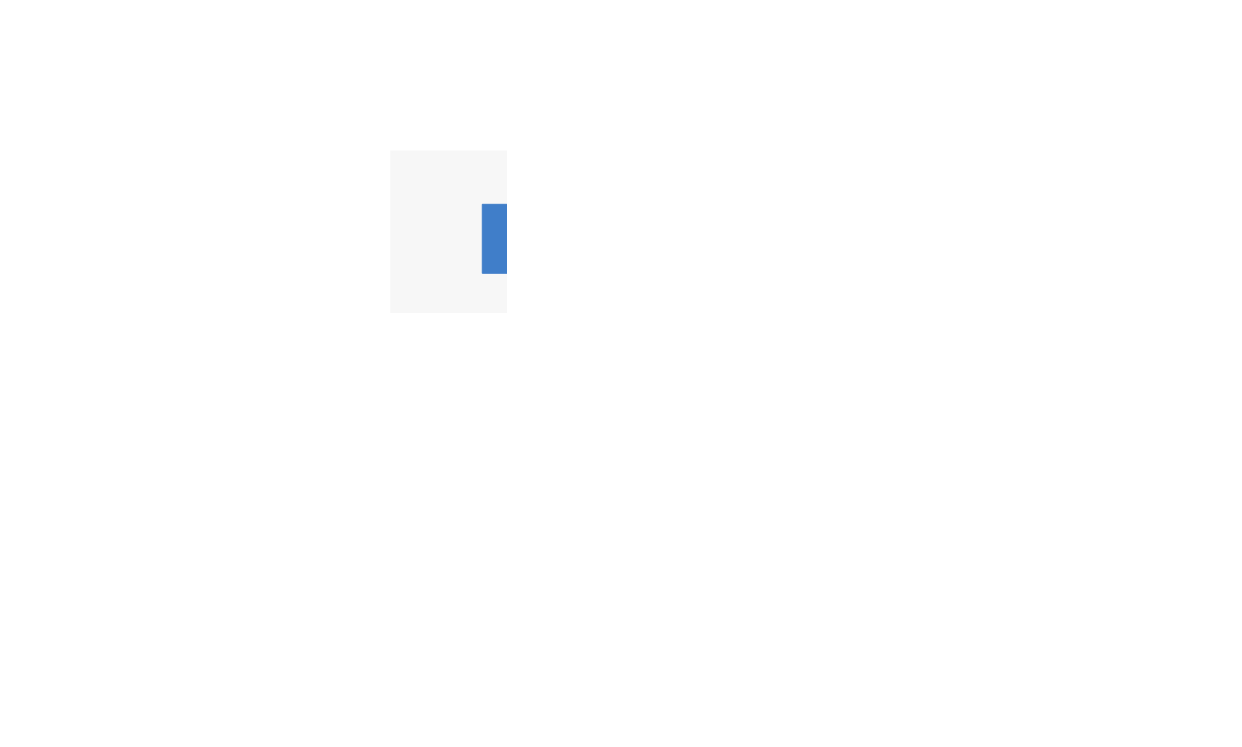
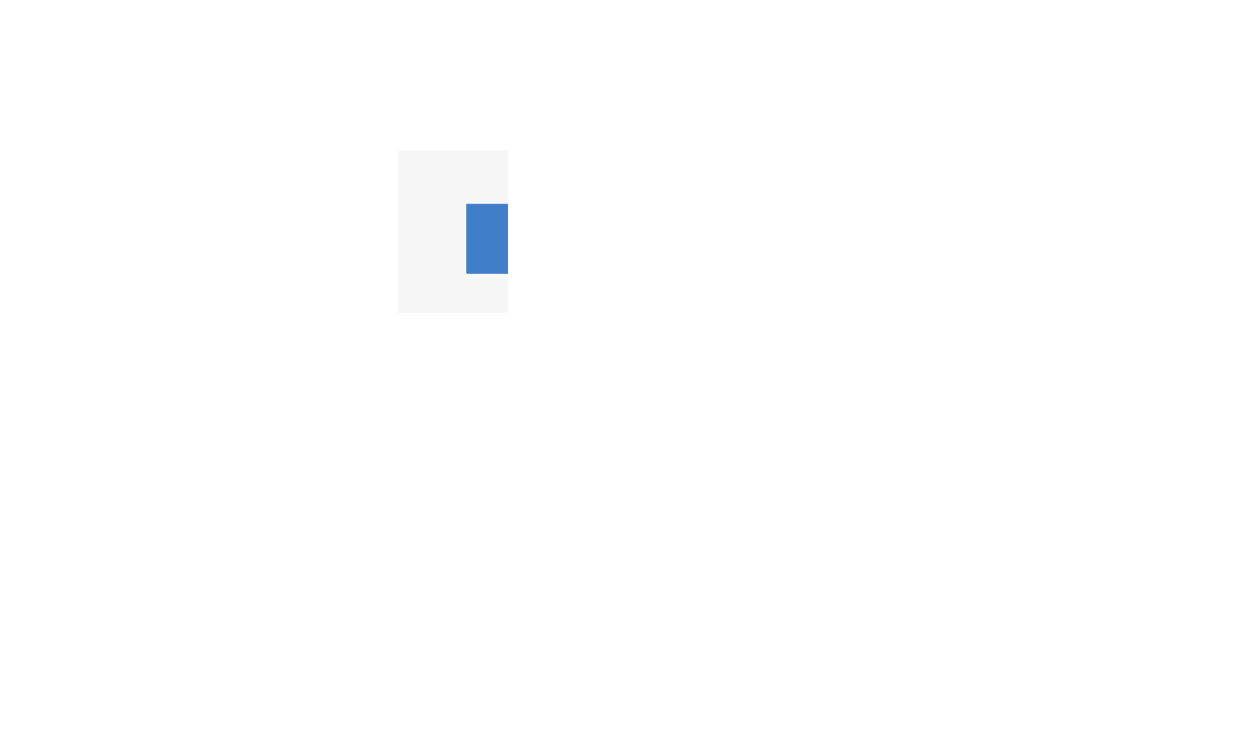
The diagram in jigsaw-microservice.dot (abruzzi/graphviz-scripts), drawn with Graphviz before and after one commit.

Commit message:
update jigsaw as we using zuul for RP

```diff
--- a/jigsaw-microservice.dot
+++ b/jigsaw-microservice.dot
@@ -1,69 +1,71 @@
 digraph jigsaw {
 	fontname="Microsoft YaHei";
     fontsize=10;
     dir=LR;
 	splines="compound";
 
     graph [dpi=180];
 
     node [color="#3C7CCC", shape="record", fontname="Consolas", fontsize=10, penwidth=0.5];
     edge [color="#636260", fontname="Consolas", fontsize=10, arrowhead="empty",	penwidth=0.5];
 
 	desktop [label="Desktop - Chrome", color="#E16726", style="filled", fontcolor="#ffffff"];
 	pad [label="Pad/Laptop - Chrome", color="#0A9DE5", style="filled", fontcolor="#ffffff"];
 
     eureka_server [label="Eureka Service Discovery", color="#F68D2E", style="filled", fontcolor="#ffffff"];
 
   	subgraph cluster_frontend {
 		label="Frontend Entry Point";
 		style="filled"
 		color="#F7F7F7"
 
-		feign_client_staff [label="Feign Client - Ribbon", color="#407EC9", style="filled", fontcolor="#ffffff"];
-		feign_client_assignment [label="Feign Client - Ribbon", color="#407EC9", style="filled", fontcolor="#ffffff"];
-		entry_point [label="Entry Point", color="#407EC9", style="filled", fontcolor="#ffffff"];
+        zuul [label="Zuul Reverse Proxy", color="#407EC9", style="filled", fontcolor="#ffffff"];
+		
+        feign_client_staff [label="/staffs/** - Ribbon", color="#407EC9", style="filled", fontcolor="#ffffff"];
+		feign_client_assignment [label="/assignments/** - Ribbon", color="#407EC9", style="filled", fontcolor="#ffffff"];
+		
         static_pages [label="Static Assets", color="#407EC9", style="filled", fontcolor="#ffffff"];
   	}
 
-  	entry_point -> feign_client_assignment;
-  	entry_point -> feign_client_staff;
+  	zuul -> feign_client_assignment;
+  	zuul -> feign_client_staff;
 
     subgraph cluster_staff {
     	label="Staff Service Cluster";
 		style="filled"
 		color="#F7F7F7"
 
     	staff_service_1 [label="Staff\n Micro-service", color="#20C3DE", style="filled", fontcolor="#ffffff"];
     	staff_service_2 [label="Staff\n Micro-service", color="#20C3DE", style="filled", fontcolor="#ffffff"];
     	staff_service_3 [label="Staff\n Micro-service", color="#20C3DE", style="filled", fontcolor="#ffffff"];
     }
 
     subgraph cluster_assignments {
     	label="Assignment Service Cluster";
 		style="filled"
 		color="#F7F7F7"
 
     	assignment_service_1 [label="Assignment\n Micro-service", color="#319B42", style="filled", fontcolor="#ffffff"];
     	assignment_service_2 [label="Assignment\n Micro-service", color="#319B42", style="filled", fontcolor="#ffffff"];
     }
 
-    desktop -> entry_point [label="HTTP Request", color="#DA291C", fontcolor="#DA291C"];
-    pad -> entry_point [label="HTTP Request", color="#DA291C", fontcolor="#DA291C"];
+    desktop -> zuul [label="HTTP Request", color="#DA291C", fontcolor="#DA291C"];
+    pad -> zuul [label="HTTP Request", color="#DA291C", fontcolor="#DA291C"];
 
-    entry_point -> eureka_server [label="register", color="#407EC9", fontcolor="#407EC9"];
+    zuul -> eureka_server [label="register", color="#407EC9", fontcolor="#407EC9"];
     staff_service_1 -> eureka_server [label="register", color="#407EC9", fontcolor="#407EC9"];
     staff_service_2 -> eureka_server [label="register", color="#407EC9", fontcolor="#407EC9"];
     staff_service_3 -> eureka_server [label="register", color="#407EC9", fontcolor="#407EC9"];
 
     assignment_service_1 -> eureka_server [label="register", color="#407EC9", fontcolor="#407EC9"];
     assignment_service_2 -> eureka_server [label="register", color="#407EC9", fontcolor="#407EC9"];
 
 
     feign_client_staff -> staff_service_1 [label="HTTP Request", color="#DA291C", fontcolor="#DA291C"];
     feign_client_staff -> staff_service_2 [style="dashed", color="#707070"];
     feign_client_staff -> staff_service_3 [style="dashed", color="#707070"];
 
     feign_client_assignment -> assignment_service_1 [label="HTTP Request", color="#DA291C", fontcolor="#DA291C"];
     feign_client_assignment -> assignment_service_2 [style="dashed", color="#707070"];
 
 }
```
